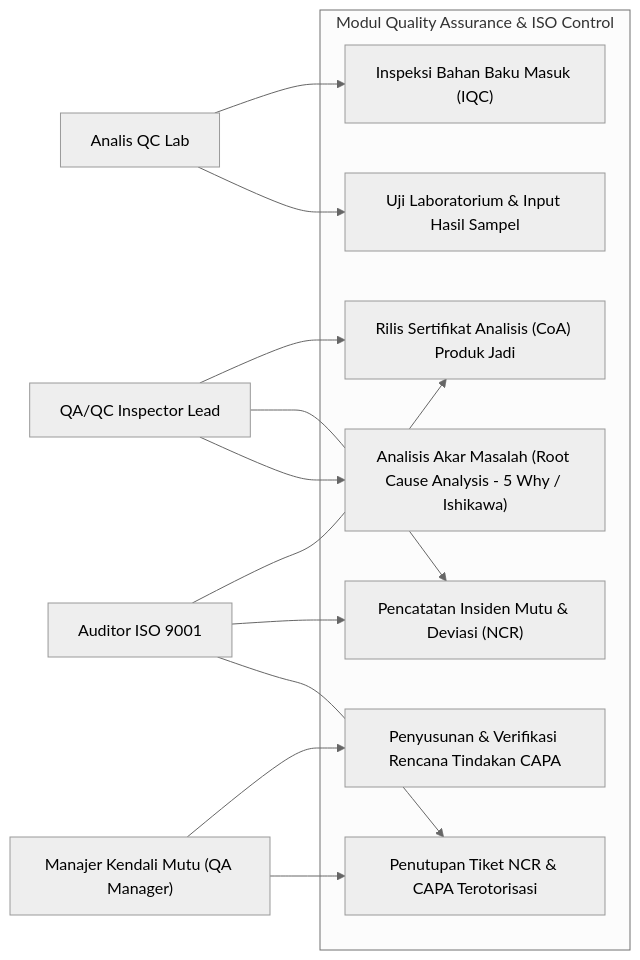
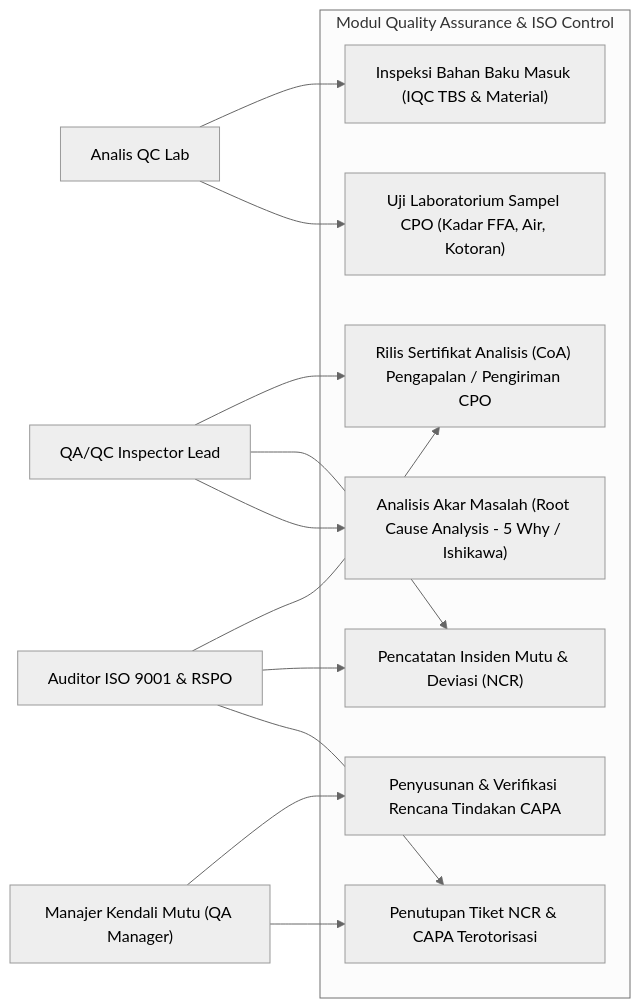
The first of 4 diagrams in sdd/07_quality_sdd.md (Vall-Here/mnf-erp-nextjs-golang), drawn with Mermaid (neutral theme) before and after one commit. The commit also changed other lines of this file and 10 other files, not shown here.

````diff
--- a/sdd/07_quality_sdd.md
+++ b/sdd/07_quality_sdd.md
@@ -13,31 +13,31 @@
 ```mermaid
 flowchart LR
     LabTech["Analis QC Lab"]
     QCLead["QA/QC Inspector Lead"]
     QAMgr["Manajer Kendali Mutu (QA Manager)"]
-    Auditor["Auditor ISO 9001"]
+    Auditor["Auditor ISO 9001 & RSPO"]
 
     subgraph QualityModule ["Modul Quality Assurance & ISO Control"]
-        UC1["Inspeksi Bahan Baku Masuk (IQC)"]
-        UC2["Uji Laboratorium & Input Hasil Sampel"]
-        UC3["Rilis Sertifikat Analisis (CoA) Produk Jadi"]
+        UC1["Inspeksi Bahan Baku Masuk (IQC TBS & Material)"]
+        UC2["Uji Laboratorium Sampel CPO (Kadar FFA, Air, Kotoran)"]
+        UC3["Rilis Sertifikat Analisis (CoA) Pengapalan / Pengiriman CPO"]
         UC4["Pencatatan Insiden Mutu & Deviasi (NCR)"]
         UC5["Analisis Akar Masalah (Root Cause Analysis - 5 Why / Ishikawa)"]
         UC6["Penyusunan & Verifikasi Rencana Tindakan CAPA"]
         UC7["Penutupan Tiket NCR & CAPA Terotorisasi"]
     end
 
     LabTech --> UC1
     LabTech --> UC2
 
     QCLead --> UC3
     QCLead --> UC4
     QCLead --> UC5
 
     QAMgr --> UC6
     QAMgr --> UC7
 
     Auditor --> UC3
     Auditor --> UC4
     Auditor --> UC7
 ```
````
